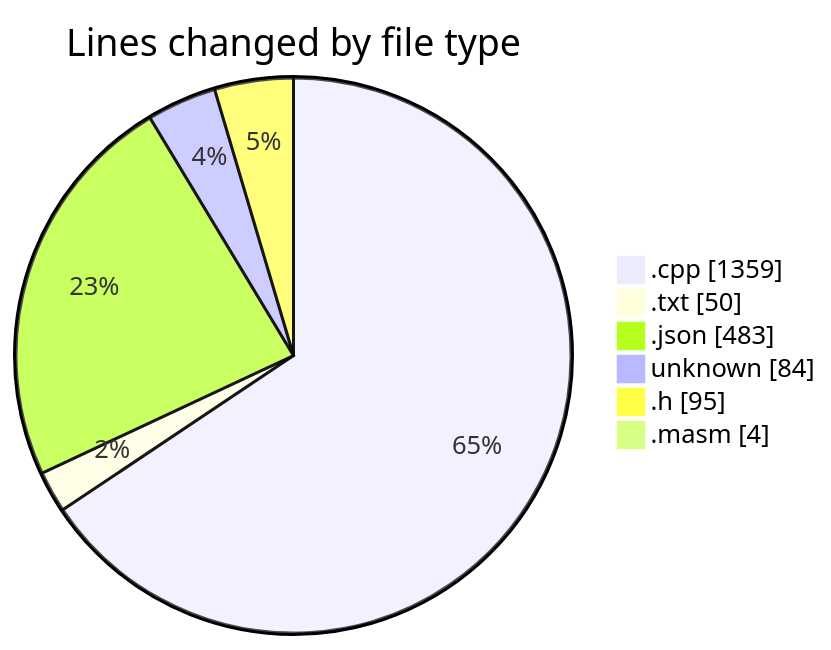
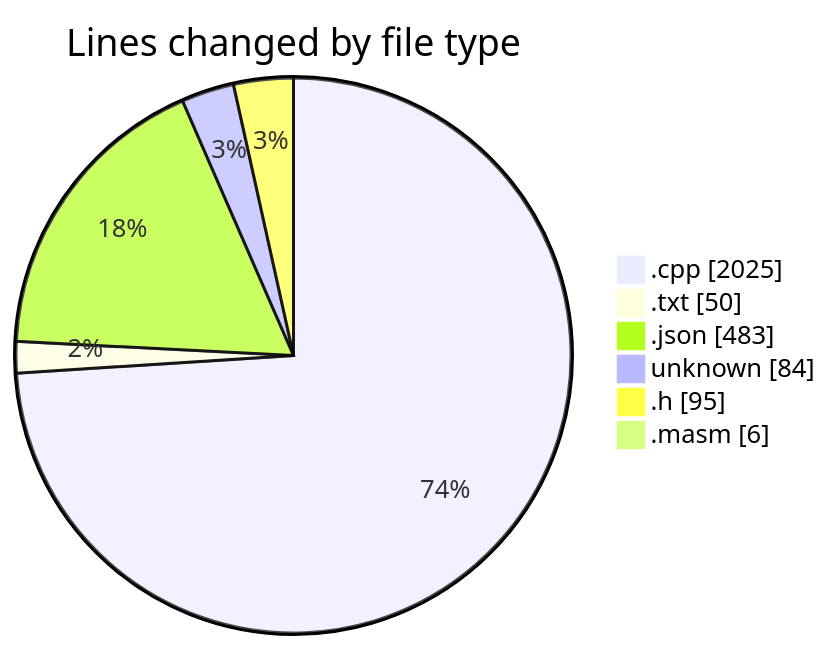
Before and after one commit to charlie-sans/code-tracking: the first of 2 diagrams in 2025-04-28/c-masm/README.md, drawn with Mermaid. The commit also changed other lines of this file and 1 other file, not shown here.

````diff
--- a/2025-04-28/c-masm/README.md
+++ b/2025-04-28/c-masm/README.md
@@ -28,10 +29,10 @@
 ```mermaid
 pie showData
 title Lines changed by file type
-".cpp" : 1359
+".cpp" : 2025
 ".txt" : 50
 ".json" : 483
 "unknown" : 84
 ".h" : 95
-".masm" : 4
+".masm" : 6
 ```
````
